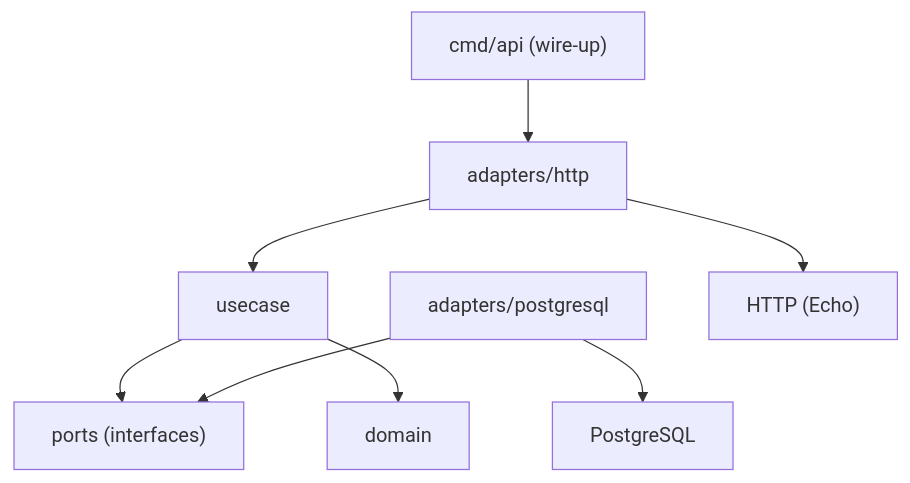
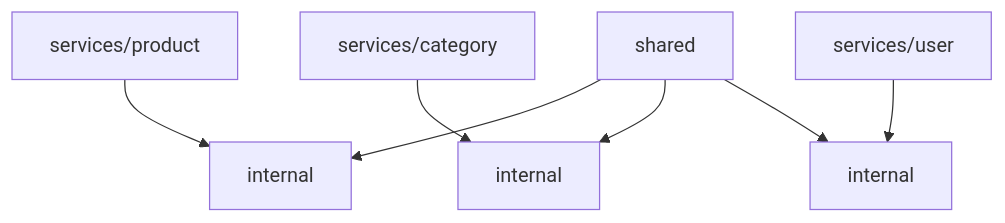
The first of 2 diagrams in README.md (dilekci/product-api), drawn with Mermaid before and after one commit. The commit also changed other lines of this file and 116 other files, not shown here.

````diff
--- a/README.md
+++ b/README.md
@@ -60,10 +35,9 @@
 ```mermaid
 graph TD
-  A["cmd/api (wire-up)"] --> B["adapters/http"]
-  B --> C["usecase"]
-  C --> D["ports (interfaces)"]
-  E["adapters/postgresql"] --> D
-  C --> F["domain"]
-  E --> G["PostgreSQL"]
-  B --> H["HTTP (Echo)"]
+  A["services/product"] --> B["internal"]
+  C["services/category"] --> D["internal"]
+  E["services/user"] --> F["internal"]
+  G["shared"] --> B
+  G --> D
+  G --> F
 ```
````
